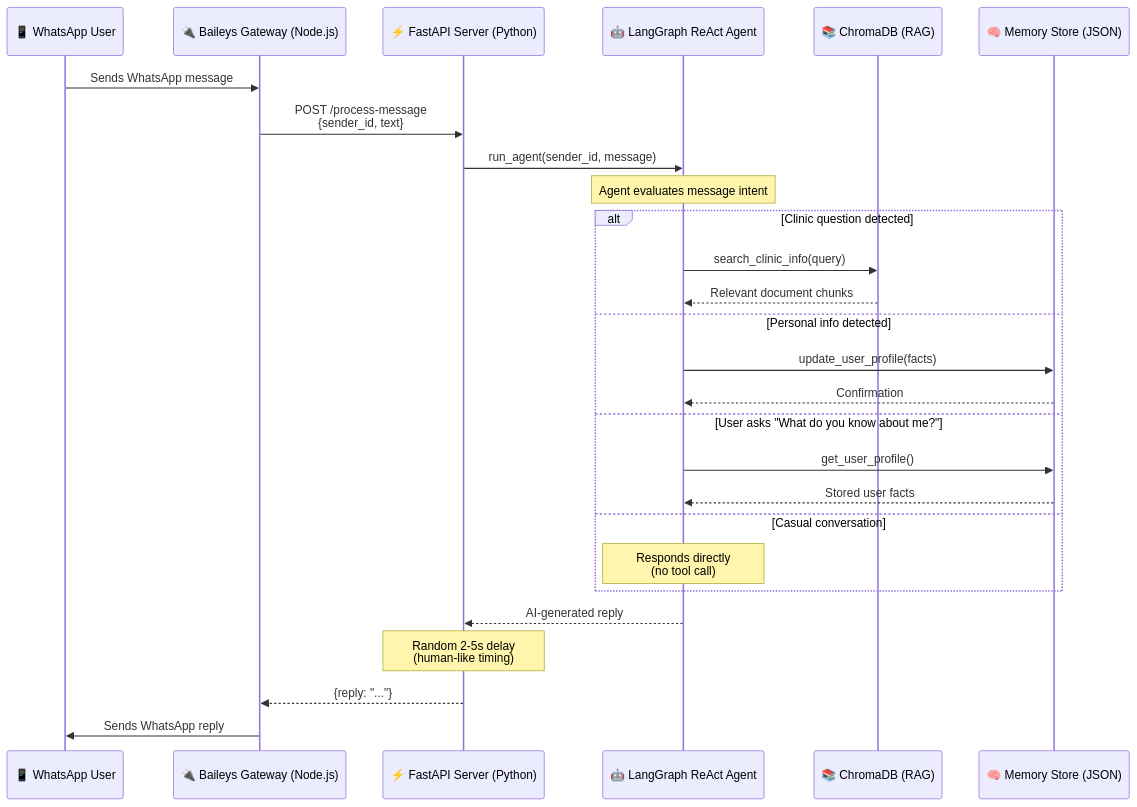
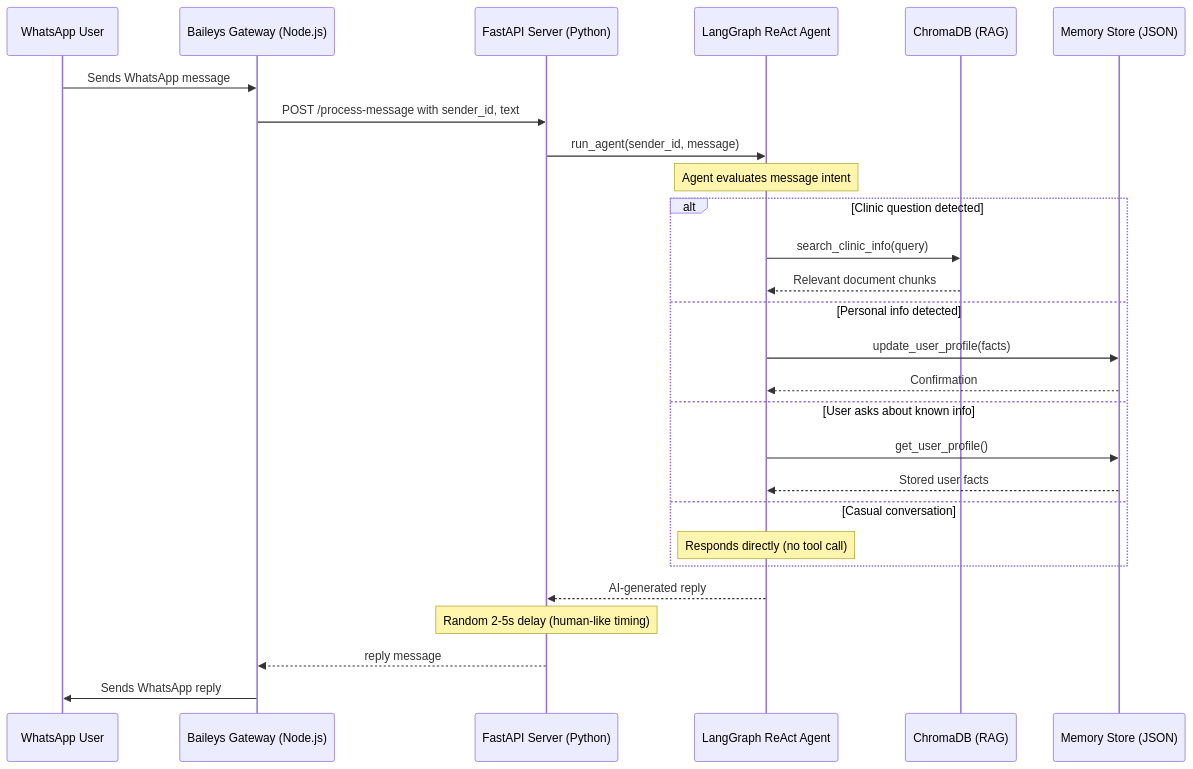
One commit to NoumanZahid-85/clinic-whatsapp-ai-agent changed the diagram in README.md. Above: the diagram before and after it, drawn with Mermaid. The commit also changed other lines of this file, not shown here.

Commit message:
fix: correct README formatting - broken div tags, ASCII art pipes, and Mermaid emojis/br tags

````diff
--- a/README.md
+++ b/README.md
@@ -105,33 +103,33 @@
 ```mermaid
 sequenceDiagram
-    participant U as 📱 WhatsApp User
-    participant B as 🔌 Baileys Gateway (Node.js)
-    participant F as ⚡ FastAPI Server (Python)
-    participant A as 🤖 LangGraph ReAct Agent
-    participant R as 📚 ChromaDB (RAG)
-    participant M as 🧠 Memory Store (JSON)
+    participant U as WhatsApp User
+    participant B as Baileys Gateway (Node.js)
+    participant F as FastAPI Server (Python)
+    participant A as LangGraph ReAct Agent
+    participant R as ChromaDB (RAG)
+    participant M as Memory Store (JSON)
 
     U->>B: Sends WhatsApp message
-    B->>F: POST /process-message<br/>{sender_id, text}
+    B->>F: POST /process-message with sender_id, text
     F->>A: run_agent(sender_id, message)
 
     Note over A: Agent evaluates message intent
 
     alt Clinic question detected
         A->>R: search_clinic_info(query)
         R-->>A: Relevant document chunks
     else Personal info detected
         A->>M: update_user_profile(facts)
         M-->>A: Confirmation
-    else User asks "What do you know about me?"
+    else User asks about known info
         A->>M: get_user_profile()
         M-->>A: Stored user facts
     else Casual conversation
-        Note over A: Responds directly<br/>(no tool call)
+        Note over A: Responds directly (no tool call)
     end
 
     A-->>F: AI-generated reply
-    Note over F: Random 2-5s delay<br/>(human-like timing)
-    F-->>B: {reply: "..."}
+    Note over F: Random 2-5s delay (human-like timing)
+    F-->>B: reply message
     B->>U: Sends WhatsApp reply
 ```
````
